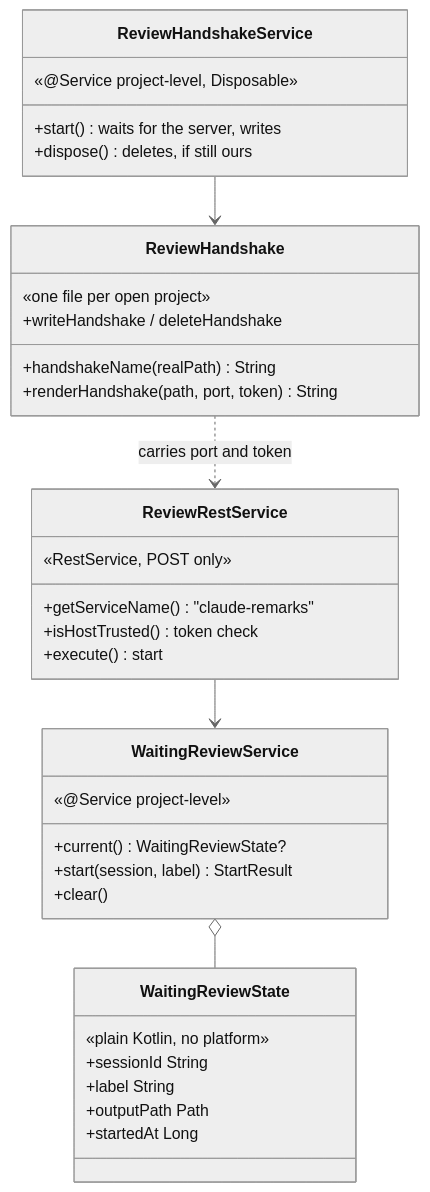
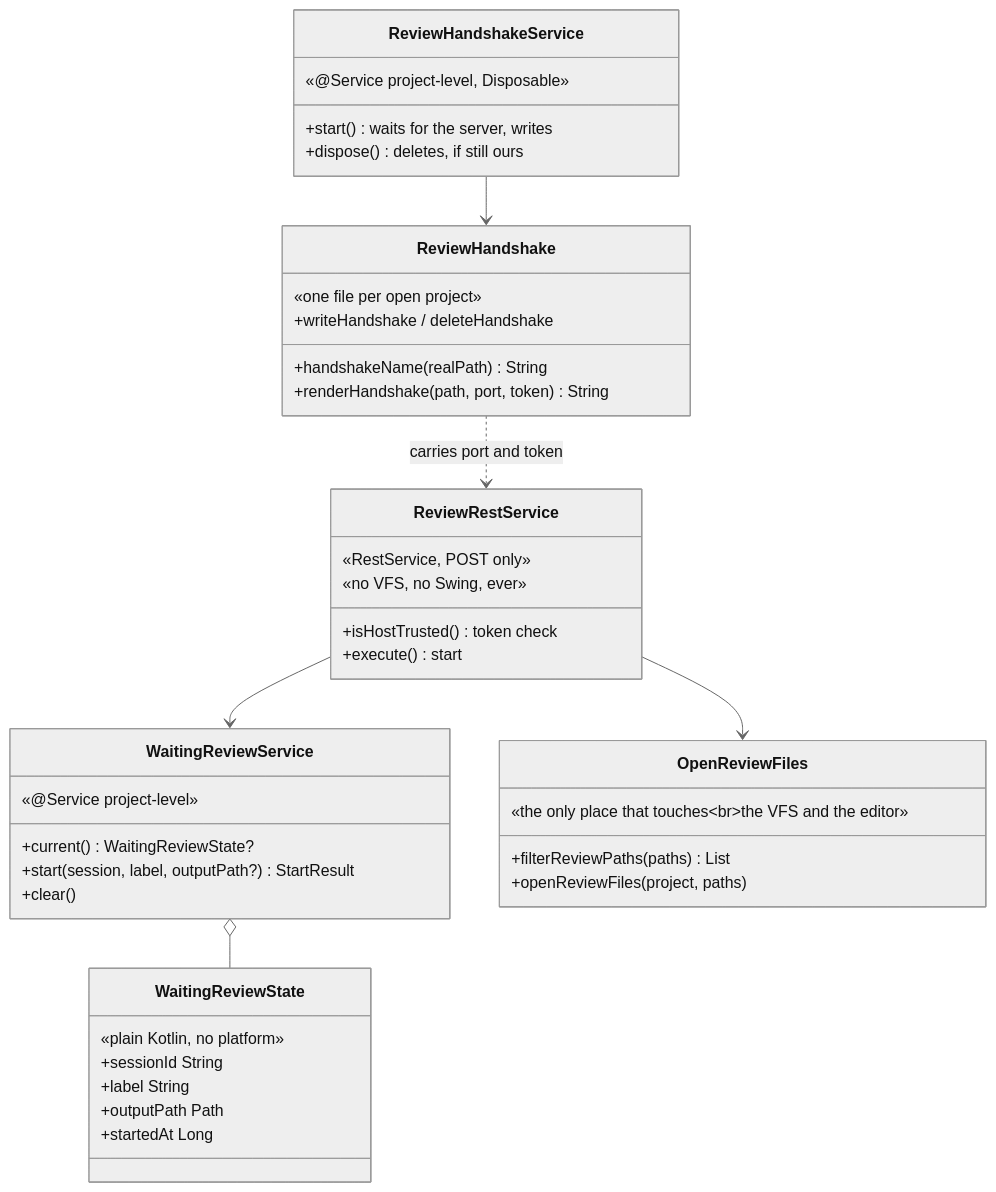
The third of 3 diagrams in docs/plans/20260804-claude-remarks-phase6.md (p4elkin/claude-remarks), drawn with Mermaid (neutral theme) before and after one commit. The commit also changed other lines of this file, not shown here.

````diff
--- a/docs/plans/20260804-claude-remarks-phase6.md
+++ b/docs/plans/20260804-claude-remarks-phase6.md
@@ -268,37 +288,43 @@
 ```mermaid
 classDiagram
     class ReviewHandshake {
         «one file per open project»
         +handshakeName(realPath) String
         +renderHandshake(path, port, token) String
         +writeHandshake / deleteHandshake
     }
     class ReviewHandshakeService {
         «@Service project-level, Disposable»
         +start() waits for the server, writes
         +dispose() deletes, if still ours
     }
     class WaitingReviewState {
         «plain Kotlin, no platform»
         +sessionId String
         +label String
         +outputPath Path
         +startedAt Long
     }
     class WaitingReviewService {
         «@Service project-level»
         +current() WaitingReviewState?
-        +start(session, label) StartResult
+        +start(session, label, outputPath?) StartResult
         +clear()
     }
     class ReviewRestService {
         «RestService, POST only»
-        +getServiceName() "claude-remarks"
+        «no VFS, no Swing, ever»
         +isHostTrusted() token check
         +execute() start
+    }
+    class OpenReviewFiles {
+        «the only place that touches<br/>the VFS and the editor»
+        +filterReviewPaths(paths) List
+        +openReviewFiles(project, paths)
     }
     ReviewHandshakeService --> ReviewHandshake
     WaitingReviewService o-- WaitingReviewState
     ReviewRestService --> WaitingReviewService
+    ReviewRestService --> OpenReviewFiles
     ReviewHandshake ..> ReviewRestService : carries port and token
 ```
````
